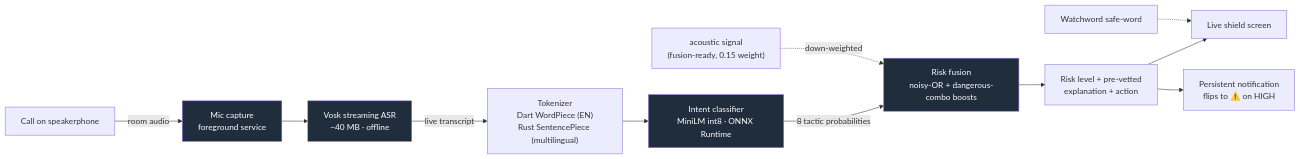
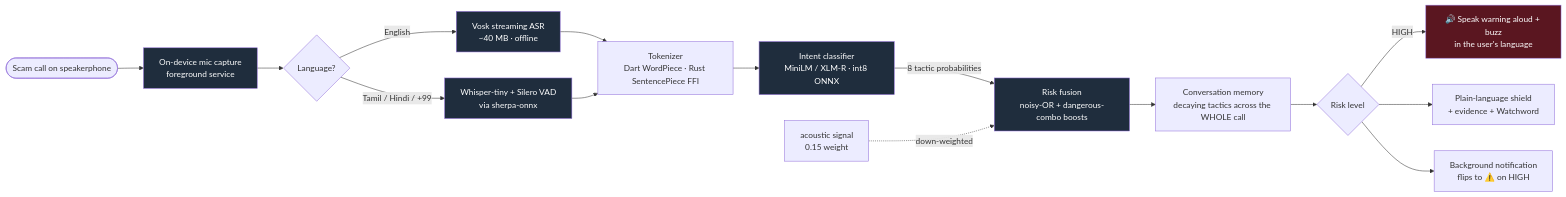
Before and after one commit to Anbu-00001/Kavach: the first of 3 diagrams in README.md, drawn with Mermaid. The commit also changed other lines of this file and 4 other files, not shown here.

````diff
--- a/README.md
+++ b/README.md
@@ -111,18 +84,24 @@
 ```mermaid
 flowchart LR
-    A[Call on speakerphone] -->|room audio| MIC["Mic capture<br/>foreground service"]
-    MIC --> VOSK["Vosk streaming ASR<br/>~40 MB · offline"]
-    VOSK -->|live transcript| TOK["Tokenizer<br/>Dart WordPiece (EN)<br/>Rust SentencePiece (multilingual)"]
-    TOK --> ONNX["Intent classifier<br/>MiniLM int8 · ONNX Runtime"]
-    ONNX -->|"8 tactic probabilities"| FUSE["Risk fusion<br/>noisy-OR + dangerous-combo boosts"]
-    ACOU["acoustic signal<br/>(fusion-ready, 0.15 weight)"] -.->|down-weighted| FUSE
-    FUSE --> RISK["Risk level + pre-vetted<br/>explanation + action"]
-    RISK --> UI[Live shield screen]
-    RISK --> NOTI["Persistent notification<br/>flips to ⚠️ on HIGH"]
-    WW["Watchword safe-word"] -.-> UI
+    CALL([Scam call on speakerphone]) --> MIC[On-device mic capture<br/>foreground service]
+    MIC --> ASR{Language?}
+    ASR -->|English| VOSK[Vosk streaming ASR<br/>~40 MB · offline]
+    ASR -->|Tamil / Hindi / +99| WHISP[Whisper-tiny + Silero VAD<br/>via sherpa-onnx]
+    VOSK --> TOK[Tokenizer<br/>Dart WordPiece · Rust SentencePiece FFI]
+    WHISP --> TOK
+    TOK --> CLF[Intent classifier<br/>MiniLM / XLM-R · int8 ONNX]
+    CLF -->|8 tactic probabilities| FUSE[Risk fusion<br/>noisy-OR + dangerous-combo boosts]
+    ACOU[acoustic signal<br/>0.15 weight] -.->|down-weighted| FUSE
+    FUSE --> CUM[Conversation memory<br/>decaying tactics across the WHOLE call]
+    CUM --> RISK{Risk level}
+    RISK -->|HIGH| SPEAK[🔊 Speak warning aloud + buzz<br/>in the user's language]
+    RISK --> UI[Plain-language shield<br/>+ evidence + Watchword]
+    RISK --> NOTI[Background notification<br/>flips to ⚠️ on HIGH]
 
     style MIC fill:#1f2d3d,color:#fff
     style VOSK fill:#1f2d3d,color:#fff
-    style ONNX fill:#1f2d3d,color:#fff
+    style WHISP fill:#1f2d3d,color:#fff
+    style CLF fill:#1f2d3d,color:#fff
     style FUSE fill:#1f2d3d,color:#fff
+    style SPEAK fill:#5a1620,color:#fff
 ```
````
